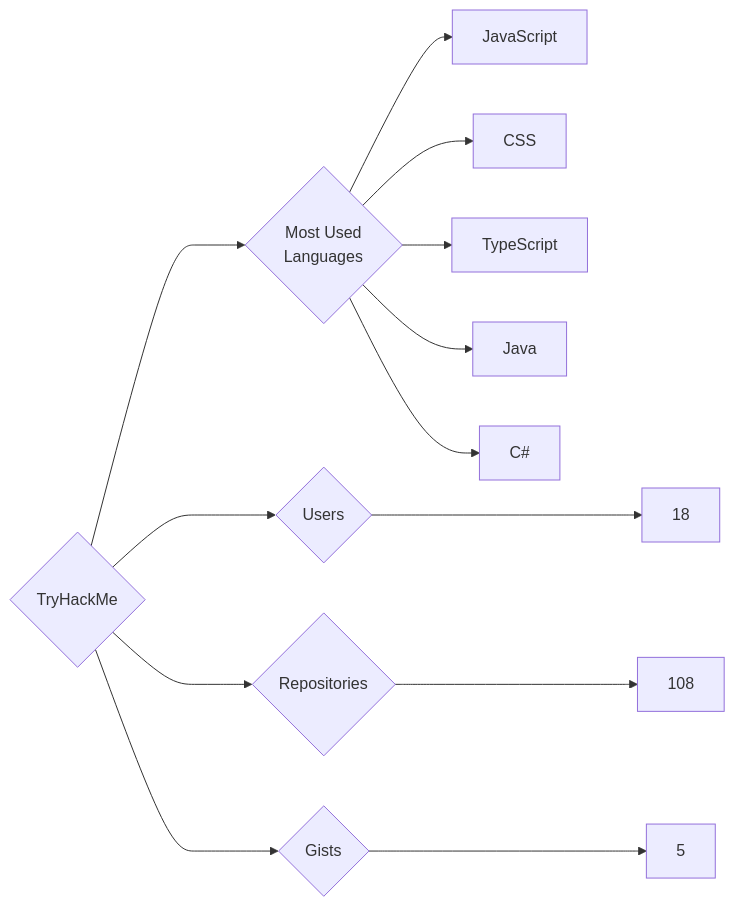
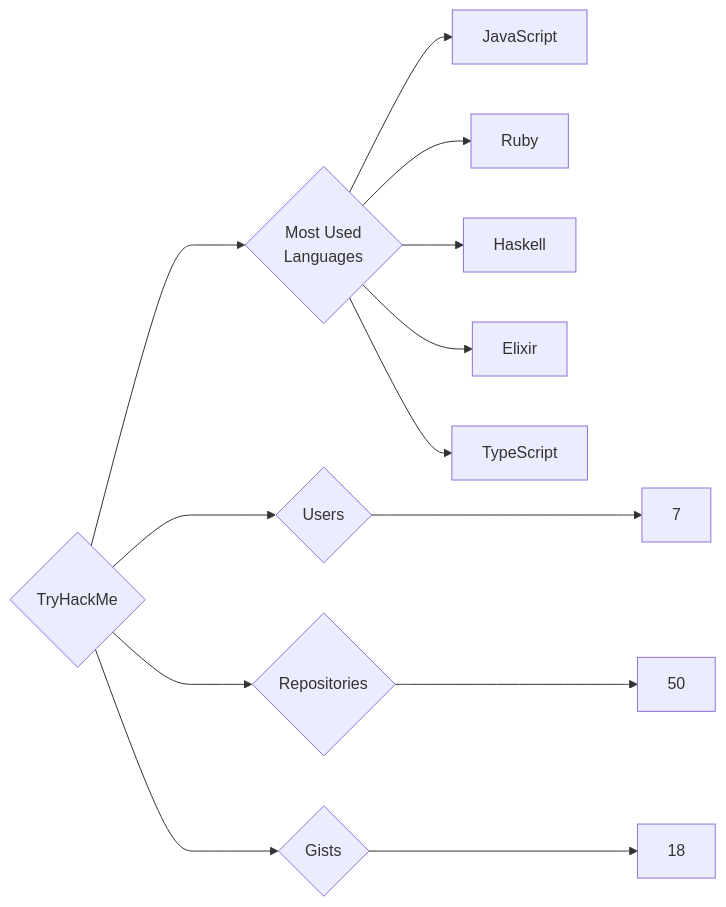
One commit to trickest/insiders changed the diagram in targets/TryHackMe/README.md. Above: the diagram before and after it, drawn with Mermaid. The commit also changed 797 other files, not shown here.

````diff
--- a/targets/TryHackMe/README.md
+++ b/targets/TryHackMe/README.md
@@ -3,13 +3,13 @@
 ```mermaid
 graph LR
 COMPANY_NAME{TryHackMe}
-COMPANY_NAME ---> U{Users} ---> UN[18]
-COMPANY_NAME ---> R{Repositories} ---> RN[108]
-COMPANY_NAME ---> G{Gists} ---> GN[5]
+COMPANY_NAME ---> U{Users} ---> UN[7]
+COMPANY_NAME ---> R{Repositories} ---> RN[50]
+COMPANY_NAME ---> G{Gists} ---> GN[18]
 COMPANY_NAME ---> ML{Most Used<br>Languages}
 ML --> JavaScript[JavaScript]
-ML --> CSS[CSS]
+ML --> Ruby[Ruby]
+ML --> Haskell[Haskell]
+ML --> Elixir[Elixir]
 ML --> TypeScript[TypeScript]
-ML --> Java[Java]
-ML --> C#[C#]
 ```
````
